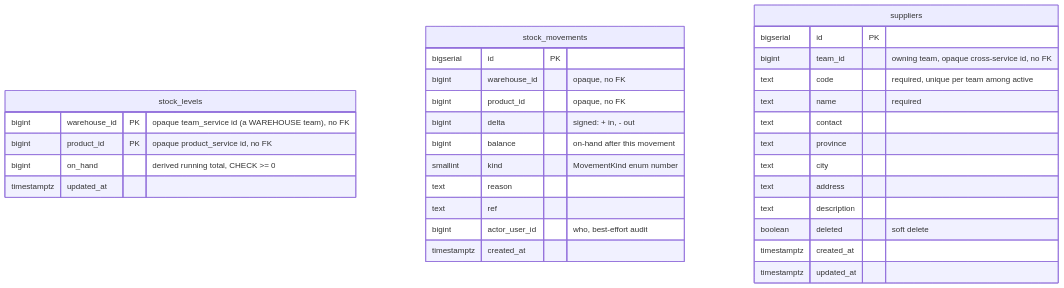
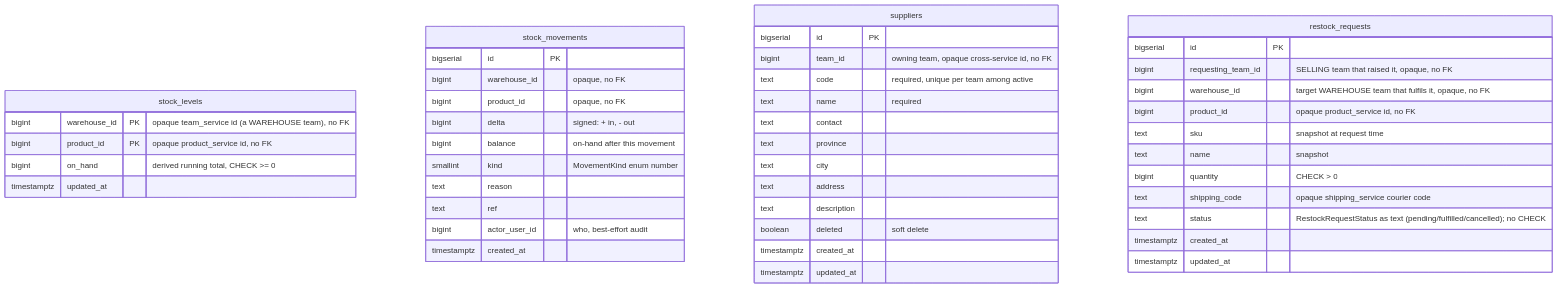
Before and after one commit to pdcgo/warehouse_revamp: the eighth of 9 diagrams in docs/database-schema.md, drawn with Mermaid. The commit also changed other lines of this file and 23 other files, not shown here.

First line of the commit message:
#105 Restock requests: selling asks, warehouse fulfils

````diff
--- a/docs/database-schema.md
+++ b/docs/database-schema.md
@@ -329,37 +329,51 @@
 ```mermaid
 erDiagram
     stock_levels {
         bigint      warehouse_id PK "opaque team_service id (a WAREHOUSE team), no FK"
         bigint      product_id   PK "opaque product_service id, no FK"
         bigint      on_hand      "derived running total, CHECK >= 0"
         timestamptz updated_at
     }
 
     stock_movements {
         bigserial   id            PK
         bigint      warehouse_id  "opaque, no FK"
         bigint      product_id    "opaque, no FK"
         bigint      delta         "signed: + in, - out"
         bigint      balance       "on-hand after this movement"
         smallint    kind          "MovementKind enum number"
         text        reason
         text        ref
         bigint      actor_user_id "who, best-effort audit"
         timestamptz created_at
     }
 
     suppliers {
         bigserial   id          PK
         bigint      team_id     "owning team, opaque cross-service id, no FK"
         text        code        "required, unique per team among active"
         text        name        "required"
         text        contact
         text        province
         text        city
         text        address
         text        description
         boolean     deleted     "soft delete"
         timestamptz created_at
         timestamptz updated_at
     }
+
+    restock_requests {
+        bigserial   id                 PK
+        bigint      requesting_team_id "SELLING team that raised it, opaque, no FK"
+        bigint      warehouse_id       "target WAREHOUSE team that fulfils it, opaque, no FK"
+        bigint      product_id         "opaque product_service id, no FK"
+        text        sku                "snapshot at request time"
+        text        name               "snapshot"
+        bigint      quantity           "CHECK > 0"
+        text        shipping_code      "opaque shipping_service courier code"
+        text        status             "RestockRequestStatus as text (pending/fulfilled/cancelled); no CHECK"
+        timestamptz created_at
+        timestamptz updated_at
+    }
 ```
````
